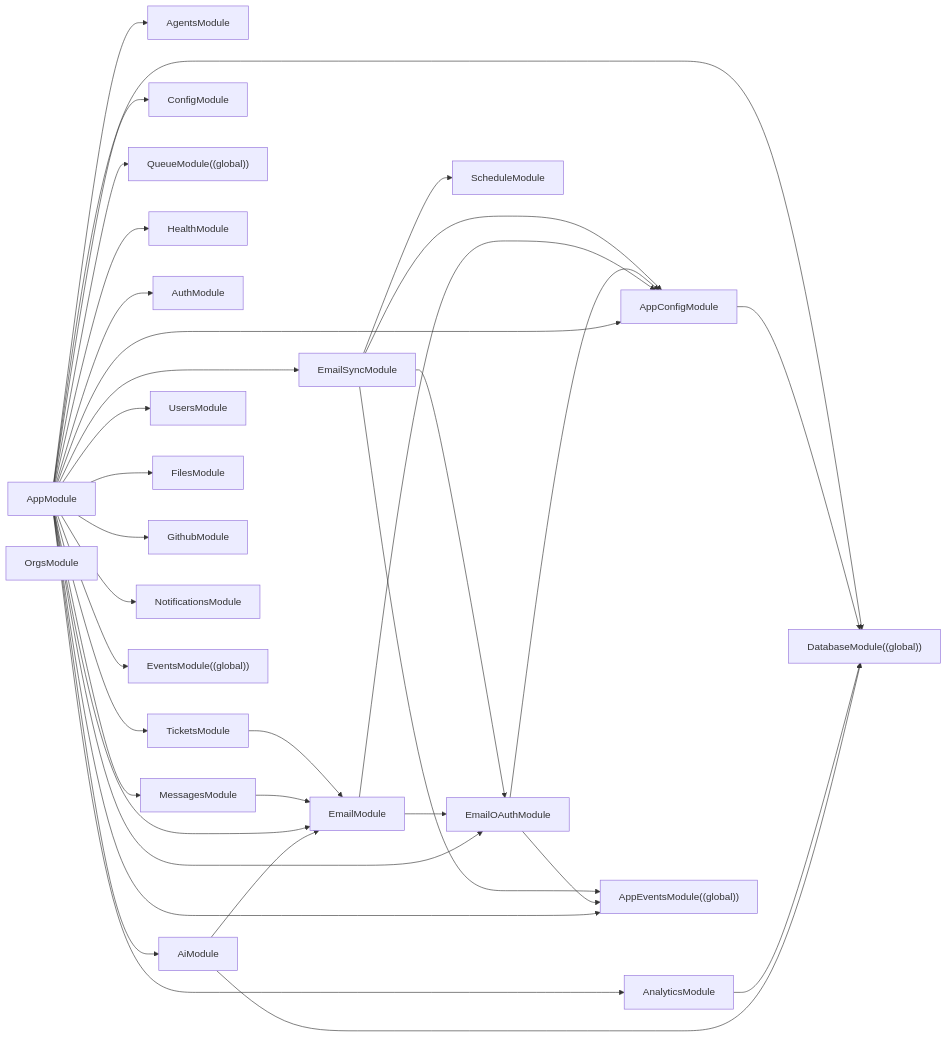
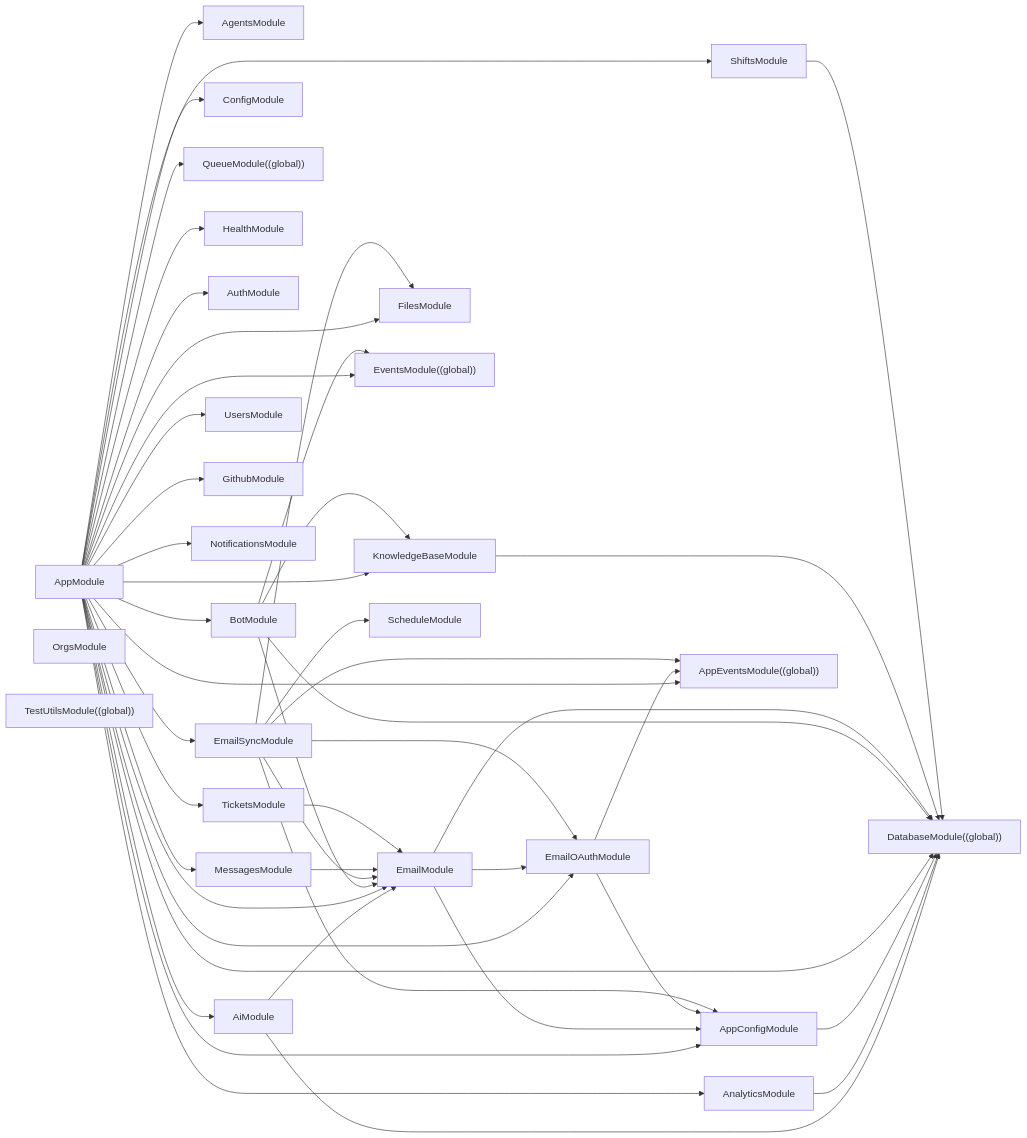
Before and after one commit to Vignesh-Siva96/tmr_athena: the diagram in docs/atlas/_generated/module-graph.md, drawn with Mermaid. The commit also changed other lines of this file and 164 other files, not shown here.

````diff
--- a/docs/atlas/_generated/module-graph.md
+++ b/docs/atlas/_generated/module-graph.md
@@ -9,49 +9,62 @@
 ```mermaid
 flowchart LR
   AgentsModule["AgentsModule"]
   AiModule --> DatabaseModule
   AiModule --> EmailModule
   AnalyticsModule --> DatabaseModule
   AppConfigModule --> DatabaseModule
   AppEventsModule["AppEventsModule((global))"]
   AppModule --> ConfigModule
   AppModule --> AppEventsModule
   AppModule --> DatabaseModule
   AppModule --> QueueModule
   AppModule --> HealthModule
   AppModule --> AuthModule
   AppModule --> AppConfigModule
   AppModule --> TicketsModule
   AppModule --> MessagesModule
   AppModule --> AgentsModule
   AppModule --> UsersModule
   AppModule --> FilesModule
   AppModule --> EmailModule
   AppModule --> EmailOAuthModule
   AppModule --> GithubModule
   AppModule --> NotificationsModule
   AppModule --> AnalyticsModule
   AppModule --> AiModule
   AppModule --> EmailSyncModule
   AppModule --> EventsModule
+  AppModule --> BotModule
+  AppModule --> KnowledgeBaseModule
+  AppModule --> ShiftsModule
   AuthModule["AuthModule"]
+  BotModule --> DatabaseModule
+  BotModule --> EmailModule
+  BotModule --> KnowledgeBaseModule
+  BotModule --> EventsModule
   DatabaseModule["DatabaseModule((global))"]
   EmailModule --> AppConfigModule
   EmailModule --> EmailOAuthModule
+  EmailModule --> DatabaseModule
   EmailOAuthModule --> AppConfigModule
   EmailOAuthModule --> AppEventsModule
   EmailSyncModule --> AppConfigModule
+  EmailSyncModule --> EmailModule
   EmailSyncModule --> EmailOAuthModule
   EmailSyncModule --> AppEventsModule
+  EmailSyncModule --> FilesModule
   EmailSyncModule --> ScheduleModule
   EventsModule["EventsModule((global))"]
   FilesModule["FilesModule"]
   GithubModule["GithubModule"]
   HealthModule["HealthModule"]
+  KnowledgeBaseModule --> DatabaseModule
   MessagesModule --> EmailModule
   NotificationsModule["NotificationsModule"]
   OrgsModule["OrgsModule"]
   QueueModule["QueueModule((global))"]
+  ShiftsModule --> DatabaseModule
+  TestUtilsModule["TestUtilsModule((global))"]
   TicketsModule --> EmailModule
   UsersModule["UsersModule"]
 ```
````
